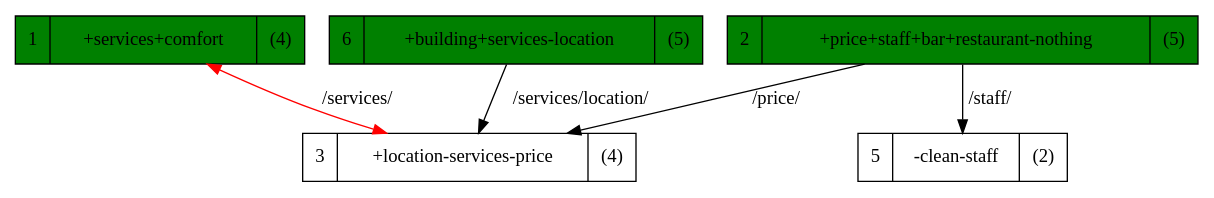
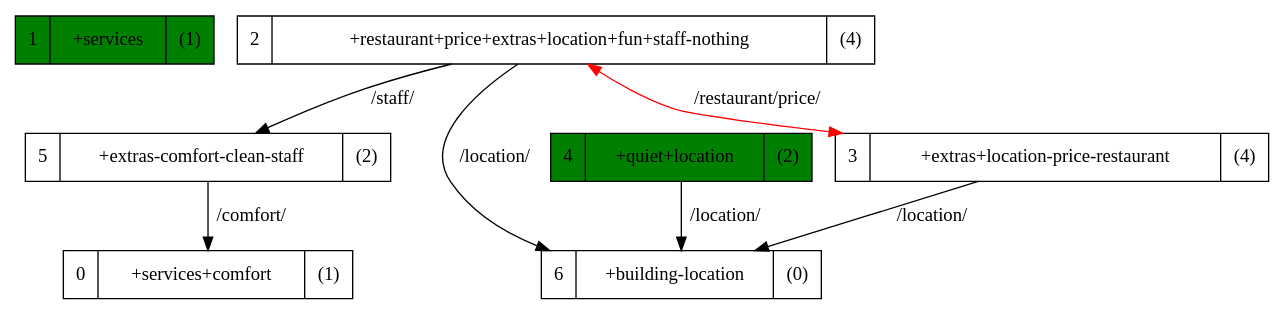
The diagram in eg1/first_graph.dot (nicorotstein/juan_alberto), drawn with Graphviz before and after one commit. The commit also changed 29 other files, not shown here.

```diff
--- a/eg1/first_graph.dot
+++ b/eg1/first_graph.dot
@@ -1,12 +1,16 @@
 strict digraph G {
-1 [shape=record, label="1 | +services+comfort| (4)", style=filled, fillcolor=green];
-3 [shape=record, label="3 | +location-services-price| (4)"];
-2 [shape=record, label="2 | +price+staff+bar+restaurant-nothing| (5)", style=filled, fillcolor=green];
-5 [shape=record, label="5 | -clean-staff| (2)"];
-6 [shape=record, label="6 | +building+services-location| (5)", style=filled, fillcolor=green];
-1 -> 3  [color=red, dir=both, label="/services/"];
-3 -> 1  [color=transparent];
-2 -> 3  [label="/price/"];
+1 [shape=record, label="1 | +services| (1)", style=filled, fillcolor=green];
+0 [shape=record, label="0 | +services+comfort| (1)"];
+3 [shape=record, label="3 | +extras+location-price-restaurant| (4)"];
+2 [shape=record, label="2 | +restaurant+price+extras+location+fun+staff-nothing| (4)"];
+5 [shape=record, label="5 | +extras-comfort-clean-staff| (2)"];
+4 [shape=record, label="4 | +quiet+location| (2)", style=filled, fillcolor=green];
+6 [shape=record, label="6 | +building-location| (0)"];
+3 -> 2  [color=transparent];
+3 -> 6  [label="/location/"];
+2 -> 3  [color=red, dir=both, label="/restaurant/price/"];
 2 -> 5  [label="/staff/"];
-6 -> 3  [label="/services/location/"];
+2 -> 6  [label="/location/"];
+5 -> 0  [label="/comfort/"];
+4 -> 6  [label="/location/"];
 }
```
